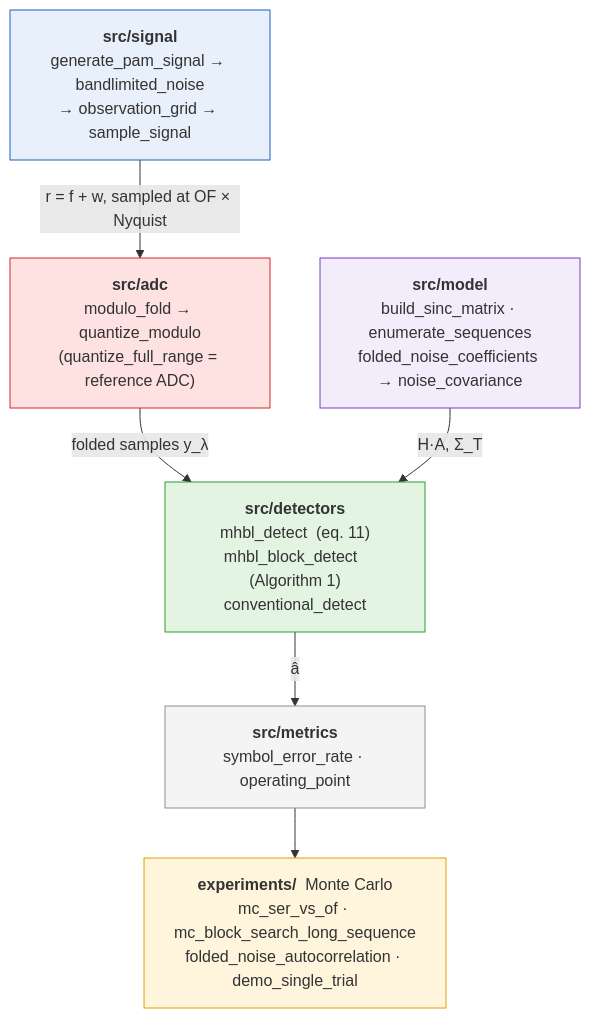
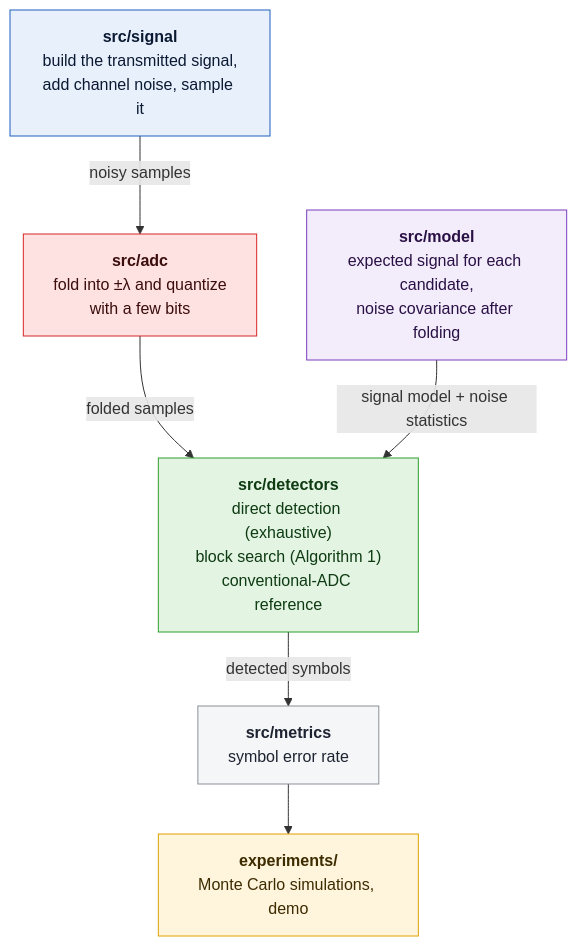
Before and after one commit to krunalvaghela1262-eng/MF-ADC-COMMUNICATIONS: the third of 3 diagrams in README.md, drawn with Mermaid. The commit also changed other lines of this file, not shown here.

First line of the commit message:
README: plain-language explanations, dark-mode-safe diagrams

````diff
--- a/README.md
+++ b/README.md
@@ -134,20 +137,26 @@
 ```mermaid
 flowchart TD
-    SIG["<b>src/signal</b><br/>generate_pam_signal → bandlimited_noise<br/>→ observation_grid → sample_signal"]
-    ADC["<b>src/adc</b><br/>modulo_fold → quantize_modulo<br/>(quantize_full_range = reference ADC)"]
-    MOD["<b>src/model</b><br/>build_sinc_matrix · enumerate_sequences<br/>folded_noise_coefficients → noise_covariance"]
-    DET["<b>src/detectors</b><br/>mhbl_detect  (eq. 11)<br/>mhbl_block_detect  (Algorithm 1)<br/>conventional_detect"]
-    MET["<b>src/metrics</b><br/>symbol_error_rate · operating_point"]
-    EXP["<b>experiments/</b>  Monte Carlo<br/>mc_ser_vs_of · mc_block_search_long_sequence<br/>folded_noise_autocorrelation · demo_single_trial"]
-    SIG -->|"r = f + w, sampled at OF × Nyquist"| ADC
-    ADC -->|"folded samples y_λ"| DET
-    MOD -->|"H·A,  Σ_T"| DET
-    DET -->|"â"| MET
+    SIG["<b>src/signal</b><br/>build the transmitted signal,<br/>add channel noise, sample it"]
+    ADC["<b>src/adc</b><br/>fold into ±λ and quantize<br/>with a few bits"]
+    MOD["<b>src/model</b><br/>expected signal for each candidate,<br/>noise covariance after folding"]
+    DET["<b>src/detectors</b><br/>direct detection (exhaustive)<br/>block search (Algorithm 1)<br/>conventional-ADC reference"]
+    MET["<b>src/metrics</b><br/>symbol error rate"]
+    EXP["<b>experiments/</b><br/>Monte Carlo simulations, demo"]
+    SIG -->|"noisy samples"| ADC
+    ADC -->|"folded samples"| DET
+    MOD -->|"signal model + noise statistics"| DET
+    DET -->|"detected symbols"| MET
     MET --> EXP
-    style SIG fill:#e8f0fc,stroke:#1f5fbf
-    style ADC fill:#fde2e1,stroke:#d62728
-    style MOD fill:#f3ecfb,stroke:#7b3fbf
-    style DET fill:#e3f4e3,stroke:#2ca02c
-    style MET fill:#f4f4f4,stroke:#8a8f98
-    style EXP fill:#fff4dc,stroke:#e0a100
+    classDef sig fill:#e8f0fc,stroke:#1f5fbf,color:#0b1a33
+    classDef adc fill:#fde2e1,stroke:#d62728,color:#3b0d0c
+    classDef mod fill:#f3ecfb,stroke:#7b3fbf,color:#2a1145
+    classDef det fill:#e3f4e3,stroke:#2ca02c,color:#0e3b12
+    classDef met fill:#f5f6f8,stroke:#8a8f98,color:#1d2330
+    classDef exp fill:#fff4dc,stroke:#e0a100,color:#3d2c00
+    class SIG sig
+    class ADC adc
+    class MOD mod
+    class DET det
+    class MET met
+    class EXP exp
 ```
````
